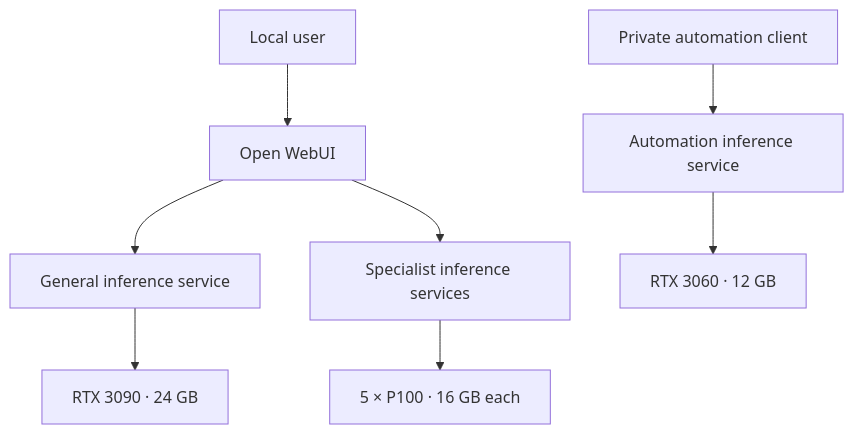
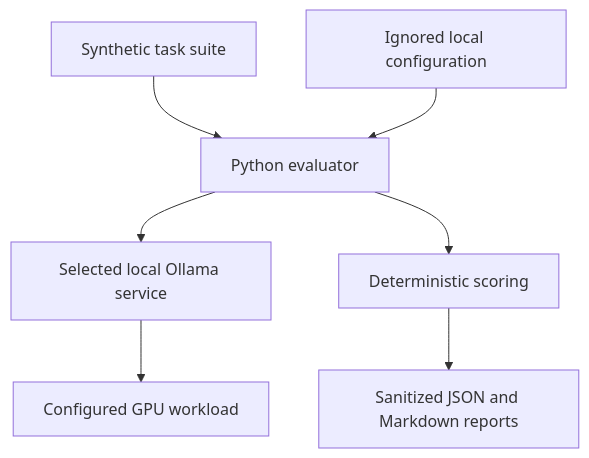
Before and after one commit to johhny1010/local-llm-evaluation: the diagram in README.md, drawn with Mermaid. The commit also changed other lines of this file and 3 other files, not shown here.

````diff
--- a/README.md
+++ b/README.md
@@ -35,10 +23,9 @@
 ```mermaid
 flowchart TD
-    U["Local user"] --> W["Open WebUI"]
-    W --> G["General inference service"]
-    W --> S["Specialist inference services"]
-    A["Private automation client"] --> B["Automation inference service"]
-    G --> R["RTX 3090 · 24 GB"]
-    S --> P["5 × P100 · 16 GB each"]
-    B --> C["RTX 3060 · 12 GB"]
+    T["Synthetic task suite"] --> H["Python evaluator"]
+    C["Ignored local configuration"] --> H
+    H --> O["Selected local Ollama service"]
+    O --> G["Configured GPU workload"]
+    H --> S["Deterministic scoring"]
+    S --> R["Sanitized JSON and Markdown reports"]
 ```
````
